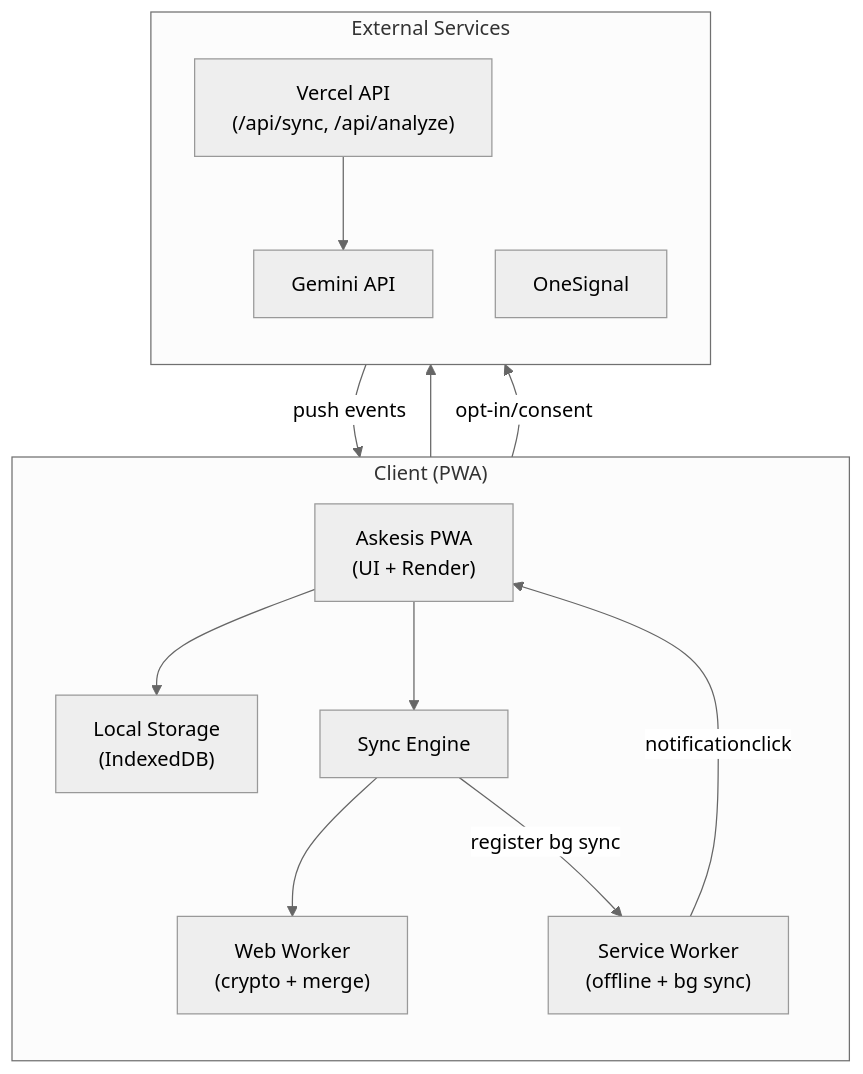
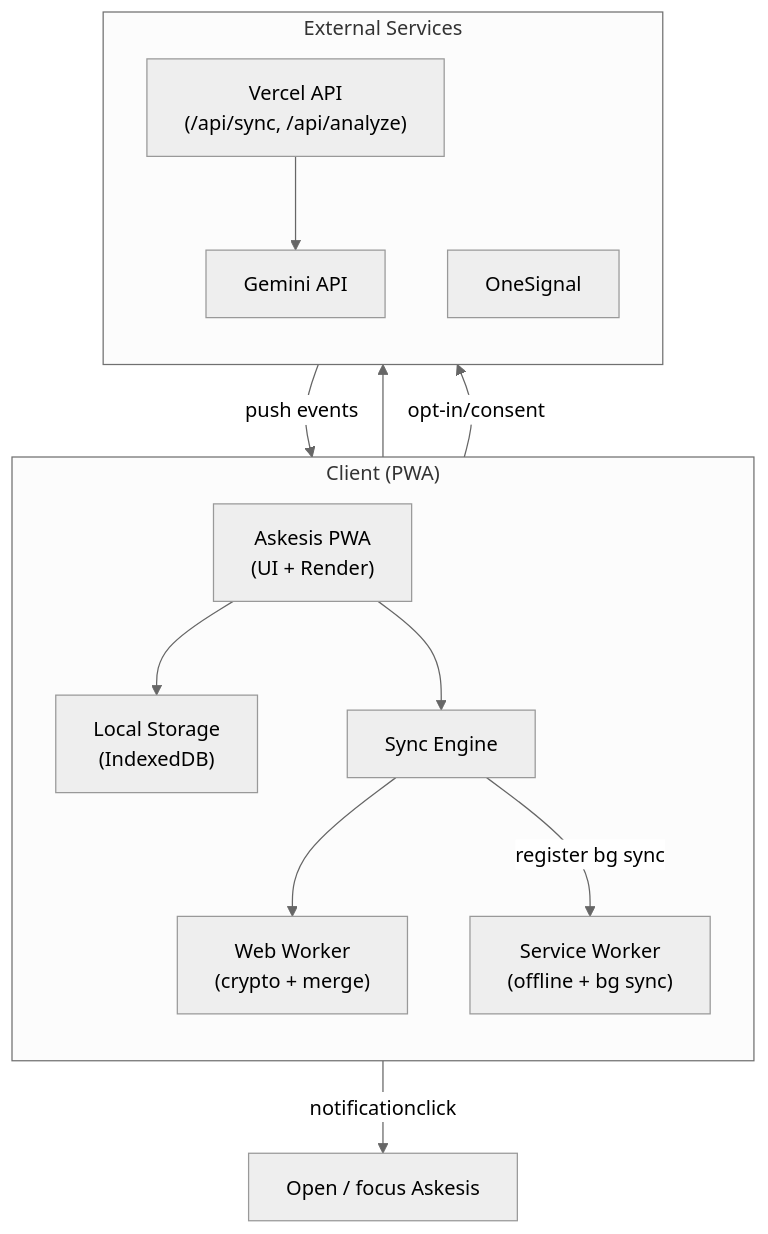
Before and after one commit to farifran/askesis: the first of 7 diagrams in README.md, drawn with Mermaid (neutral theme). The commit also changed other lines of this file and 1 other file, not shown here.

Commit message:
Atualiza a documentação da arquitetura para melhorar a clareza dos diagramas e fluxos de dados

````diff
--- a/README.md
+++ b/README.md
@@ -157,30 +159,32 @@
 ```mermaid
 flowchart TB
   %% Nível 2 = visão de containers (sem repetir nomes de arquivos do Nível 3)
+  %% Nota: evitamos o "loop" SW -> PWA para reduzir cruzamentos no render do GitHub.
   subgraph Client["Client (PWA)"]
     direction TB
     PWA["Askesis PWA\n(UI + Render)"]
+    Store["Local Storage\n(IndexedDB)"]
     Sync["Sync Engine"]
-    Store["Local Storage\n(IndexedDB)"]
+    Worker["Web Worker\n(crypto + merge)"]
     SW["Service Worker\n(offline + bg sync)"]
-    Worker["Web Worker\n(crypto + merge)"]
   end
 
   subgraph External["External Services"]
     direction TB
     API["Vercel API\n(/api/sync, /api/analyze)"]
     AI["Gemini API"]
     PUSH["OneSignal"]
   end
 
   %% Core flows
   PWA --> Store
   PWA --> Sync
   Sync --> Worker
   Sync --> API --> AI
 
   %% Background sync + push notifications
   Sync -->|register bg sync| SW
   PWA -->|opt-in/consent| PUSH
-  PUSH -->|push events| SW -->|notificationclick| PWA
+  PUSH -->|push events| SW
+  SW -->|notificationclick| Open["Open / focus Askesis"]
 ```
````
